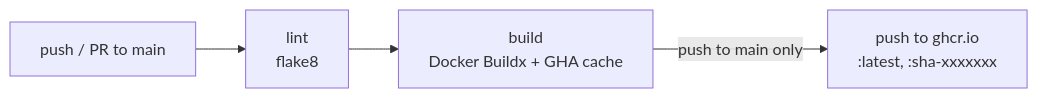
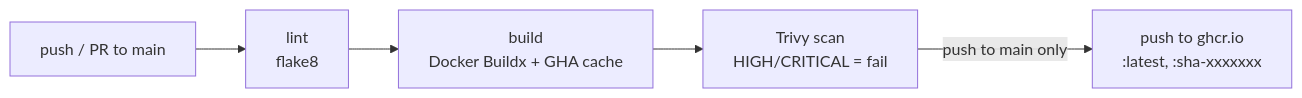
The second of 2 diagrams in README.md (madimuk/devops-todo-app), drawn with Mermaid before and after one commit. The commit also changed other lines of this file and 1 other file, not shown here.

Commit message:
docs: add Trivy and Dependabot to README

````diff
--- a/README.md
+++ b/README.md
@@ -50,6 +51,7 @@
 ```mermaid
 flowchart LR
     push[push / PR to main] --> lint[lint<br/>flake8]
     lint --> build[build<br/>Docker Buildx + GHA cache]
-    build -->|push to main only| publish[push to ghcr.io<br/>:latest, :sha-xxxxxxx]
+    build --> scan[Trivy scan<br/>HIGH/CRITICAL = fail]
+    scan -->|push to main only| publish[push to ghcr.io<br/>:latest, :sha-xxxxxxx]
 ```
````
